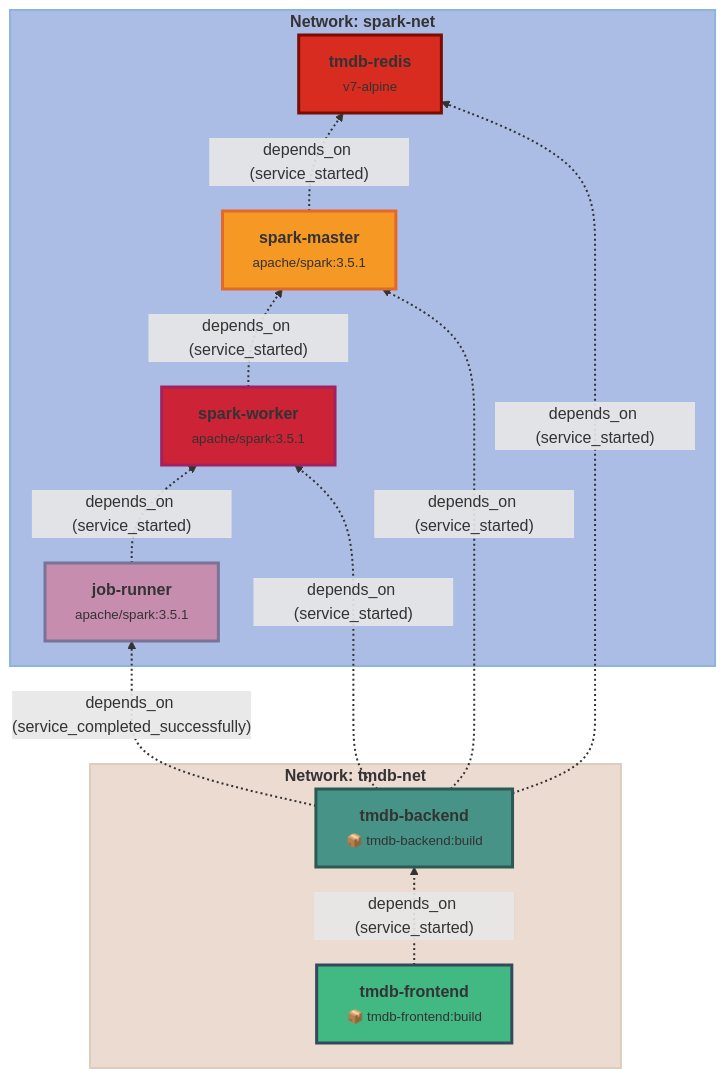
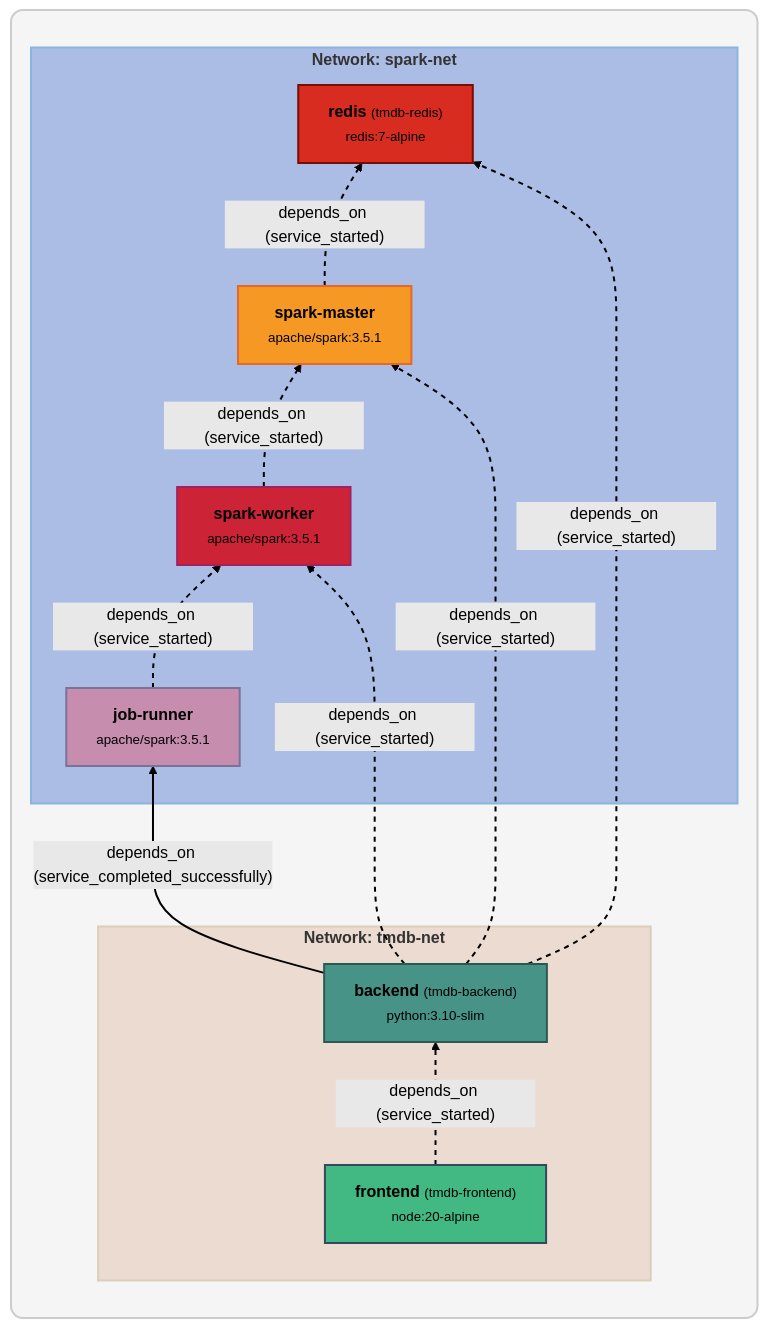
One commit to mbofos01/tmdb-spark-recommendation-extension changed the diagram in README.md. Above: the diagram before and after it, drawn with Mermaid. The commit also changed 2 other files, not shown here.

Commit message:
Update architecture diagram and service details
Refactored the Mermaid diagram in README.md for improved clarity, updated service names and images, and adjusted visual styles. Synchronized docker-compose.svg to match the new architecture and naming. Updated docker-compose.yaml to reflect these changes.

````diff
--- a/README.md
+++ b/README.md
@@ -5,46 +5,50 @@
 ```mermaid
-    %%{init: {"theme": "default", "themeVariables": {"background":"#ffffff"}}}%%
-    graph BT
-      subgraph Network_spark-net[<b>Network: spark-net</b>]
-        tmdb-redis["<b>tmdb-redis</b>"]
-        spark-master["<b>spark-master</b><br/><small>apache/spark:3.5.1</small>"]
-        spark-worker["<b>spark-worker</b><br/><small>apache/spark:3.5.1</small>"]
-        job-runner["<b>job-runner</b><br/><small>apache/spark:3.5.1</small>"]
-      end
-      style Network_spark-net fill:#acbde5,stroke:#8bb4df,stroke-width:2,stroke-dasharray:0
-      subgraph Network_tmdb-net[<b>Network: tmdb-net</b>]
-        tmdb-redis["<b>tmdb-redis</b>"]
-        tmdb-backend["<b>tmdb-backend</b>"]
-        tmdb-frontend["<b>tmdb-frontend</b>"]
-      end
-      style Network_tmdb-net fill:#EBDBD1,stroke:#DDCEBC,stroke-width:2,stroke-dasharray:0
-      tmdb-redis["<b>tmdb-redis</b><br/><small>v7-alpine</small>"]
-      spark-master["<b>spark-master</b><br/><small>apache/spark:3.5.1</small>"]
-      spark-worker["<b>spark-worker</b><br/><small>apache/spark:3.5.1</small>"]
-      job-runner["<b>job-runner</b><br/><small>apache/spark:3.5.1</small>"]
-      tmdb-backend["<b>tmdb-backend</b><br/><small>📦 tmdb-backend:build</small>"]
-      tmdb-frontend["<b>tmdb-frontend</b><br/><small>📦 tmdb-frontend:build</small>"]
-      spark-master -- depends_on (service_started) --> tmdb-redis
-      linkStyle 0 stroke-width:2,stroke-dasharray:2 3
-      spark-worker -- depends_on (service_started) --> spark-master
-      linkStyle 1 stroke-width:2,stroke-dasharray:2 3
-      job-runner -- depends_on (service_started) --> spark-worker
-      linkStyle 2 stroke-width:2,stroke-dasharray:2 3
-      tmdb-backend -- depends_on (service_completed_successfully) --> job-runner
-      linkStyle 3 stroke-width:2,stroke-dasharray:2 3
-      tmdb-backend -- depends_on (service_started) --> spark-master
-      linkStyle 4 stroke-width:2,stroke-dasharray:2 3
-      tmdb-backend -- depends_on (service_started) --> spark-worker
-      linkStyle 5 stroke-width:2,stroke-dasharray:2 3
-      tmdb-backend -- depends_on (service_started) --> tmdb-redis
-      linkStyle 6 stroke-width:2,stroke-dasharray:2 3
-      tmdb-frontend -- depends_on (service_started) --> tmdb-backend
-      linkStyle 7 stroke-width:2,stroke-dasharray:2 3
-      style tmdb-redis fill:#D82C20,stroke:#7A0C00,stroke-width:3,stroke-dasharray:0
-      style spark-master fill:#F69824,stroke:#E4682A,stroke-width:3,stroke-dasharray:0
-      style spark-worker fill:#CC2336,stroke:#A22160,stroke-width:3,stroke-dasharray:0
-      style job-runner fill:#C78DAF,stroke:#797497,stroke-width:3,stroke-dasharray:0
-      style tmdb-backend fill:#479387,stroke:#2c5952,stroke-width:3,stroke-dasharray:0
-      style tmdb-frontend fill:#42b883,stroke:#35495e,stroke-width:3,stroke-dasharray:0
+%%{init: {  "theme": "forest",  "themeVariables": {    "background": "#f5f5f5"  }}}%%
+ graph BT
+ subgraph BG[" "]
+ direction BT
+  subgraph Network_spark-net[<b>Network: spark-net</b>]
+    redis["<b>redis</b> <small>(tmdb-redis)</small><br/><small>redis:</small><small>7-alpine</small>"]
+    spark-master["<b>spark-master</b><br/><small>apache/spark:</small><small>3.5.1</small>"]
+    spark-worker["<b>spark-worker</b><br/><small>apache/spark:</small><small>3.5.1</small>"]
+    job-runner["<b>job-runner</b><br/><small>apache/spark:</small><small>3.5.1</small>"]
+  end
+  style Network_spark-net fill:#acbde5,stroke:#8bb4df,stroke-width:2,stroke-dasharray:0
+  subgraph Network_tmdb-net[<b>Network: tmdb-net</b>]
+    redis["<b>redis</b> <small>(tmdb-redis)</small><br/><small>redis:</small><small>7-alpine</small>"]
+    backend["<b>backend</b> <small>(tmdb-backend)</small><br/><small>python:</small><small>3.10-slim</small>"]
+    frontend["<b>frontend</b> <small>(tmdb-frontend)</small><br/><small>node:</small><small>20-alpine</small>"]
+  end
+  style Network_tmdb-net fill:#EBDBD1,stroke:#DDCEBC,stroke-width:2,stroke-dasharray:0
+  redis["<b>redis</b> <small>(tmdb-redis)</small><br/><small>redis:</small><small>7-alpine</small>"]
+  spark-master["<b>spark-master</b><br/><small>apache/spark:</small><small>3.5.1</small>"]
+  spark-worker["<b>spark-worker</b><br/><small>apache/spark:</small><small>3.5.1</small>"]
+  job-runner["<b>job-runner</b><br/><small>apache/spark:</small><small>3.5.1</small>"]
+  backend["<b>backend</b> <small>(tmdb-backend)</small><br/><small>python:</small><small>3.10-slim</small>"]
+  frontend["<b>frontend</b> <small>(tmdb-frontend)</small><br/><small>node:</small><small>20-alpine</small>"]
+  end
+  spark-master -- depends_on (service_started) --> redis
+  linkStyle 0 stroke-width:2,stroke-dasharray:5 5
+  spark-worker -- depends_on (service_started) --> spark-master
+  linkStyle 1 stroke-width:2,stroke-dasharray:5 5
+  job-runner -- depends_on (service_started) --> spark-worker
+  linkStyle 2 stroke-width:2,stroke-dasharray:5 5
+  backend -- depends_on (service_completed_successfully) --> job-runner
+  linkStyle 3 stroke-width:2,stroke-dasharray:0
+  backend -- depends_on (service_started) --> spark-master
+  linkStyle 4 stroke-width:2,stroke-dasharray:5 5
+  backend -- depends_on (service_started) --> spark-worker
+  linkStyle 5 stroke-width:2,stroke-dasharray:5 5
+  backend -- depends_on (service_started) --> redis
+  linkStyle 6 stroke-width:2,stroke-dasharray:5 5
+  frontend -- depends_on (service_started) --> backend
+  linkStyle 7 stroke-width:2,stroke-dasharray:5 5
+  style redis fill:#D82C20,stroke:#7A0C00,stroke-width:2,stroke-dasharray:0
+  style spark-master fill:#F69824,stroke:#E4682A,stroke-width:2,stroke-dasharray:0
+  style spark-worker fill:#CC2336,stroke:#A22160,stroke-width:2,stroke-dasharray:0
+  style job-runner fill:#C78DAF,stroke:#797497,stroke-width:2,stroke-dasharray:0
+  style backend fill:#479387,stroke:#2c5952,stroke-width:2,stroke-dasharray:0
+  style frontend fill:#42b883,stroke:#35495e,stroke-width:2,stroke-dasharray:0
+  style BG fill:#f5f5f5,stroke:#cccccc,stroke-width:2,rx:12,ry:12
 
 ```
````
